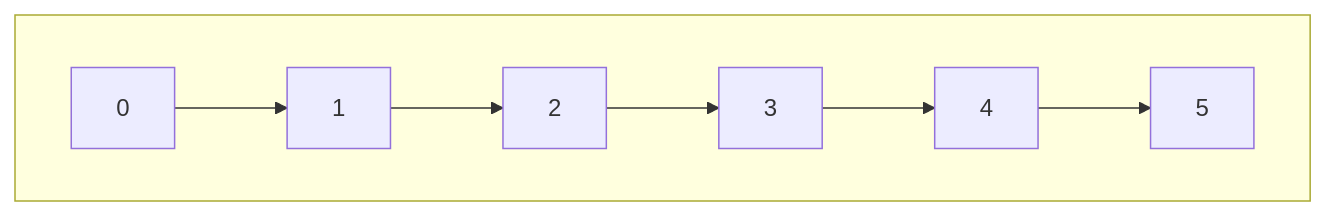
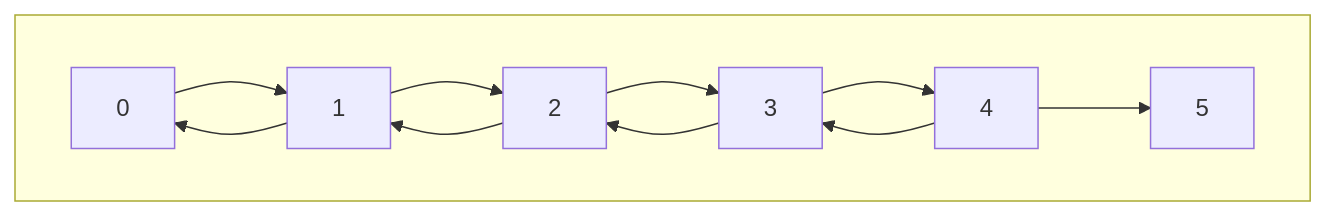
One commit to alkasher/Fibonacci_Heap changed the diagram in README.md. Above: the diagram before and after it, drawn with Mermaid.

````diff
--- a/README.md
+++ b/README.md
@@ -25,16 +25,16 @@
 ```mermaid
 flowchart TD
 
 subgraph Z[" "]
 direction LR
     0-->1
-
+    1-->0
     1-->2
-
+    2-->1
     2-->3
-
+    3-->2
     3-->4
-
+    4-->3
     4-->5
 end
 ```
````
